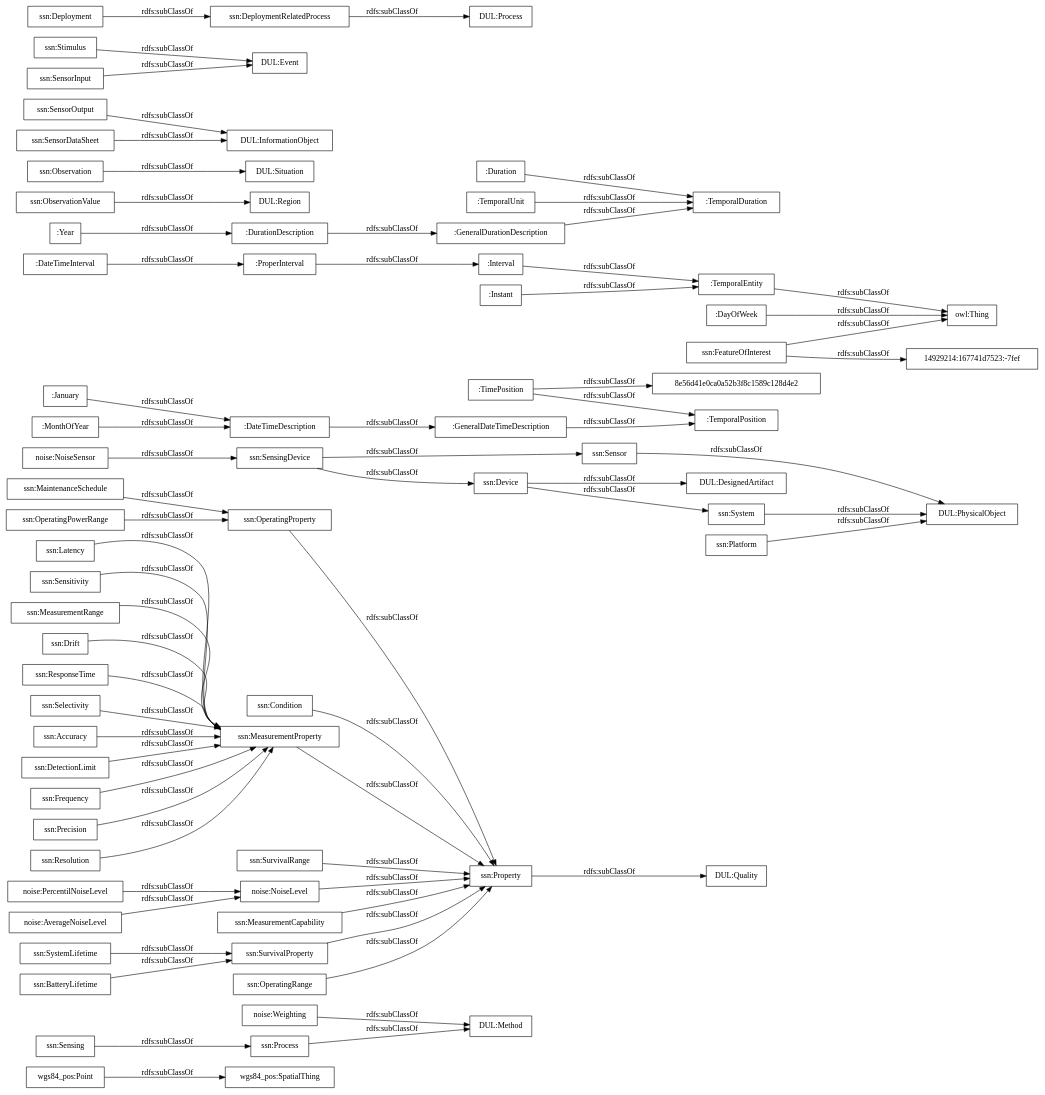
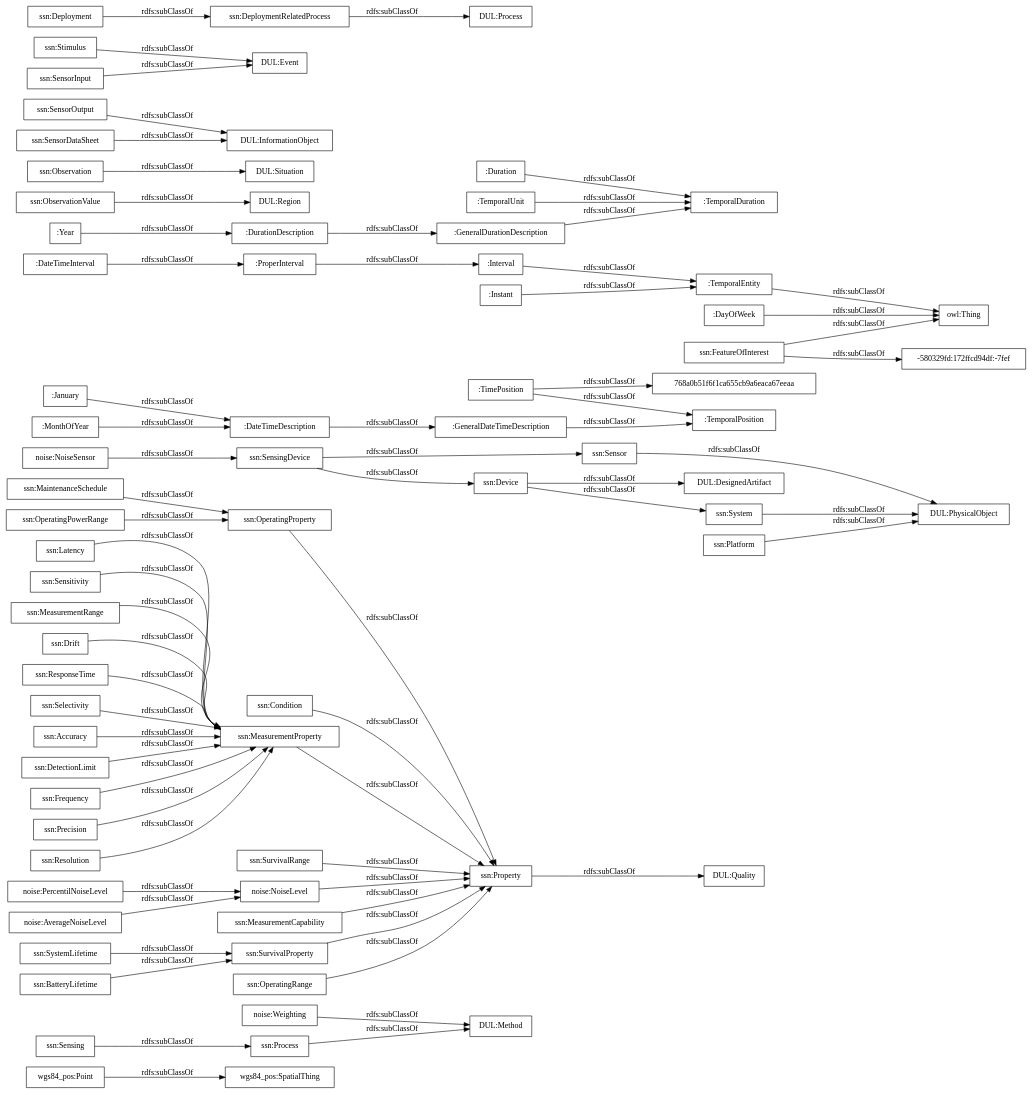
The diagram in OnToology/contaminacion-acustica.owl/diagrams/ar2dtool-taxonomy/contaminacion-acustica.owl.png.dot (opencitydata/vocab-medio-ambiente-contaminacion-acustica), drawn with Graphviz before and after one commit. The commit also changed 33 other files, not shown here.

```diff
--- a/OnToology/contaminacion-acustica.owl/diagrams/ar2dtool-taxonomy/contaminacion-acustica.owl.png.dot
+++ b/OnToology/contaminacion-acustica.owl/diagrams/ar2dtool-taxonomy/contaminacion-acustica.owl.png.dot
@@ -1,71 +1,71 @@
 digraph ar2dtool_diagram { 
 rankdir=LR;
 size="1000"
-node [shape = rectangle, color="black"]; "wgs84_pos:SpatialThing" "wgs84_pos:Point" "noise:Weighting" "noise:PercentilNoiseLevel" "noise:NoiseSensor" "noise:NoiseLevel" "noise:AverageNoiseLevel" ":GeneralDateTimeDescription" ":DateTimeInterval" ":DurationDescription" ":TemporalDuration" ":Duration" ":GeneralDurationDescription" ":January" ":ProperInterval" ":TimePosition" ":TemporalPosition" ":Interval" ":TemporalEntity" ":Year" "8e56d41e0ca0a52b3f8c1589c128d4e2" ":MonthOfYear" ":DateTimeDescription" ":TemporalUnit" ":Instant" ":DayOfWeek" "ssn:Accuracy" "ssn:DetectionLimit" "ssn:Frequency" "ssn:Condition" "DUL:Region" "DUL:Situation" "DUL:PhysicalObject" "ssn:SensorOutput" "ssn:Precision" "ssn:Resolution" "DUL:Quality" "ssn:FeatureOfInterest" "ssn:Sensor" "DUL:InformationObject" "ssn:OperatingProperty" "DUL:Event" "ssn:OperatingPowerRange" "DUL:Method" "ssn:MaintenanceSchedule" "ssn:Sensing" "ssn:Latency" "ssn:SurvivalRange" "ssn:SensingDevice" "DUL:DesignedArtifact" "ssn:Sensitivity" "ssn:Stimulus" "DUL:Process" "ssn:MeasurementRange" "ssn:System" "ssn:SystemLifetime" "ssn:Property" "ssn:MeasurementProperty" "ssn:Process" "ssn:Deployment" "ssn:MeasurementCapability" "ssn:BatteryLifetime" "ssn:Drift" "ssn:DeploymentRelatedProcess" "ssn:SensorInput" "ssn:ResponseTime" "ssn:ObservationValue" "14929214:167741d7523:-7fef" "ssn:SensorDataSheet" "ssn:Observation" "ssn:Selectivity" "ssn:SurvivalProperty" "ssn:Device" "ssn:OperatingRange" "ssn:Platform" ; /*classes style*/
+node [shape = rectangle, color="black"]; "wgs84_pos:SpatialThing" "wgs84_pos:Point" "noise:Weighting" "noise:PercentilNoiseLevel" "noise:NoiseSensor" "noise:NoiseLevel" "noise:AverageNoiseLevel" ":GeneralDateTimeDescription" ":DateTimeInterval" ":DurationDescription" ":TemporalDuration" ":Duration" ":GeneralDurationDescription" ":January" ":ProperInterval" ":TimePosition" "768a0b51f6f1ca655cb9a6eaca67eeaa" ":TemporalPosition" ":Interval" ":TemporalEntity" ":Year" ":MonthOfYear" ":DateTimeDescription" ":TemporalUnit" ":Instant" ":DayOfWeek" "ssn:Accuracy" "ssn:DetectionLimit" "ssn:Frequency" "ssn:Condition" "DUL:Region" "DUL:Situation" "DUL:PhysicalObject" "ssn:SensorOutput" "ssn:Precision" "ssn:Resolution" "-580329fd:172ffcd94df:-7fef" "DUL:Quality" "ssn:FeatureOfInterest" "ssn:Sensor" "DUL:InformationObject" "ssn:OperatingProperty" "DUL:Event" "ssn:OperatingPowerRange" "DUL:Method" "ssn:MaintenanceSchedule" "ssn:Sensing" "ssn:Latency" "ssn:SurvivalRange" "ssn:SensingDevice" "DUL:DesignedArtifact" "ssn:Sensitivity" "ssn:Stimulus" "DUL:Process" "ssn:MeasurementRange" "ssn:System" "ssn:SystemLifetime" "ssn:Property" "ssn:MeasurementProperty" "ssn:Process" "ssn:Deployment" "ssn:MeasurementCapability" "ssn:BatteryLifetime" "ssn:Drift" "ssn:DeploymentRelatedProcess" "ssn:SensorInput" "ssn:ResponseTime" "ssn:ObservationValue" "ssn:SensorDataSheet" "ssn:Observation" "ssn:Selectivity" "ssn:SurvivalProperty" "ssn:Device" "ssn:OperatingRange" "ssn:Platform" ; /*classes style*/
 	":DateTimeDescription" -> ":GeneralDateTimeDescription" [ label = "rdfs:subClassOf" ];
 	"noise:AverageNoiseLevel" -> "noise:NoiseLevel" [ label = "rdfs:subClassOf" ];
 	"ssn:Deployment" -> "ssn:DeploymentRelatedProcess" [ label = "rdfs:subClassOf" ];
 	"ssn:SensingDevice" -> "ssn:Sensor" [ label = "rdfs:subClassOf" ];
 	"ssn:SensingDevice" -> "ssn:Device" [ label = "rdfs:subClassOf" ];
 	"ssn:DeploymentRelatedProcess" -> "DUL:Process" [ label = "rdfs:subClassOf" ];
 	"ssn:Accuracy" -> "ssn:MeasurementProperty" [ label = "rdfs:subClassOf" ];
 	":Instant" -> ":TemporalEntity" [ label = "rdfs:subClassOf" ];
 	"ssn:FeatureOfInterest" -> "owl:Thing" [ label = "rdfs:subClassOf" ];
-	"ssn:FeatureOfInterest" -> "14929214:167741d7523:-7fef" [ label = "rdfs:subClassOf" ];
+	"ssn:FeatureOfInterest" -> "-580329fd:172ffcd94df:-7fef" [ label = "rdfs:subClassOf" ];
 	"ssn:Latency" -> "ssn:MeasurementProperty" [ label = "rdfs:subClassOf" ];
 	"ssn:Process" -> "DUL:Method" [ label = "rdfs:subClassOf" ];
 	"noise:Weighting" -> "DUL:Method" [ label = "rdfs:subClassOf" ];
 	":ProperInterval" -> ":Interval" [ label = "rdfs:subClassOf" ];
 	"ssn:Property" -> "DUL:Quality" [ label = "rdfs:subClassOf" ];
 	"ssn:MeasurementProperty" -> "ssn:Property" [ label = "rdfs:subClassOf" ];
 	"wgs84_pos:Point" -> "wgs84_pos:SpatialThing" [ label = "rdfs:subClassOf" ];
 	":MonthOfYear" -> ":DateTimeDescription" [ label = "rdfs:subClassOf" ];
 	"ssn:ResponseTime" -> "ssn:MeasurementProperty" [ label = "rdfs:subClassOf" ];
 	"ssn:OperatingRange" -> "ssn:Property" [ label = "rdfs:subClassOf" ];
 	"noise:NoiseLevel" -> "ssn:Property" [ label = "rdfs:subClassOf" ];
 	"ssn:MeasurementRange" -> "ssn:MeasurementProperty" [ label = "rdfs:subClassOf" ];
 	"ssn:Stimulus" -> "DUL:Event" [ label = "rdfs:subClassOf" ];
 	":Duration" -> ":TemporalDuration" [ label = "rdfs:subClassOf" ];
 	"ssn:SurvivalProperty" -> "ssn:Property" [ label = "rdfs:subClassOf" ];
 	"ssn:MaintenanceSchedule" -> "ssn:OperatingProperty" [ label = "rdfs:subClassOf" ];
 	"ssn:SensorInput" -> "DUL:Event" [ label = "rdfs:subClassOf" ];
-	":TimePosition" -> "8e56d41e0ca0a52b3f8c1589c128d4e2" [ label = "rdfs:subClassOf" ];
+	":TimePosition" -> "768a0b51f6f1ca655cb9a6eaca67eeaa" [ label = "rdfs:subClassOf" ];
 	":TimePosition" -> ":TemporalPosition" [ label = "rdfs:subClassOf" ];
 	":TemporalEntity" -> "owl:Thing" [ label = "rdfs:subClassOf" ];
 	"ssn:Sensitivity" -> "ssn:MeasurementProperty" [ label = "rdfs:subClassOf" ];
 	"ssn:Drift" -> "ssn:MeasurementProperty" [ label = "rdfs:subClassOf" ];
 	"ssn:System" -> "DUL:PhysicalObject" [ label = "rdfs:subClassOf" ];
 	":GeneralDurationDescription" -> ":TemporalDuration" [ label = "rdfs:subClassOf" ];
 	"ssn:Resolution" -> "ssn:MeasurementProperty" [ label = "rdfs:subClassOf" ];
 	"ssn:Precision" -> "ssn:MeasurementProperty" [ label = "rdfs:subClassOf" ];
 	"noise:PercentilNoiseLevel" -> "noise:NoiseLevel" [ label = "rdfs:subClassOf" ];
 	"ssn:DetectionLimit" -> "ssn:MeasurementProperty" [ label = "rdfs:subClassOf" ];
 	":DateTimeInterval" -> ":ProperInterval" [ label = "rdfs:subClassOf" ];
 	"ssn:Sensor" -> "DUL:PhysicalObject" [ label = "rdfs:subClassOf" ];
 	"ssn:SensorDataSheet" -> "DUL:InformationObject" [ label = "rdfs:subClassOf" ];
 	"ssn:OperatingPowerRange" -> "ssn:OperatingProperty" [ label = "rdfs:subClassOf" ];
 	"noise:NoiseSensor" -> "ssn:SensingDevice" [ label = "rdfs:subClassOf" ];
 	":Interval" -> ":TemporalEntity" [ label = "rdfs:subClassOf" ];
 	":GeneralDateTimeDescription" -> ":TemporalPosition" [ label = "rdfs:subClassOf" ];
 	":January" -> ":DateTimeDescription" [ label = "rdfs:subClassOf" ];
 	"ssn:ObservationValue" -> "DUL:Region" [ label = "rdfs:subClassOf" ];
 	":DayOfWeek" -> "owl:Thing" [ label = "rdfs:subClassOf" ];
 	"ssn:Device" -> "DUL:DesignedArtifact" [ label = "rdfs:subClassOf" ];
 	"ssn:Device" -> "ssn:System" [ label = "rdfs:subClassOf" ];
 	"ssn:Platform" -> "DUL:PhysicalObject" [ label = "rdfs:subClassOf" ];
 	":Year" -> ":DurationDescription" [ label = "rdfs:subClassOf" ];
 	":DurationDescription" -> ":GeneralDurationDescription" [ label = "rdfs:subClassOf" ];
 	"ssn:OperatingProperty" -> "ssn:Property" [ label = "rdfs:subClassOf" ];
 	"ssn:Selectivity" -> "ssn:MeasurementProperty" [ label = "rdfs:subClassOf" ];
 	"ssn:BatteryLifetime" -> "ssn:SurvivalProperty" [ label = "rdfs:subClassOf" ];
 	":TemporalUnit" -> ":TemporalDuration" [ label = "rdfs:subClassOf" ];
 	"ssn:Observation" -> "DUL:Situation" [ label = "rdfs:subClassOf" ];
 	"ssn:Sensing" -> "ssn:Process" [ label = "rdfs:subClassOf" ];
 	"ssn:SystemLifetime" -> "ssn:SurvivalProperty" [ label = "rdfs:subClassOf" ];
 	"ssn:SurvivalRange" -> "ssn:Property" [ label = "rdfs:subClassOf" ];
 	"ssn:Frequency" -> "ssn:MeasurementProperty" [ label = "rdfs:subClassOf" ];
 	"ssn:SensorOutput" -> "DUL:InformationObject" [ label = "rdfs:subClassOf" ];
 	"ssn:Condition" -> "ssn:Property" [ label = "rdfs:subClassOf" ];
 	"ssn:MeasurementCapability" -> "ssn:Property" [ label = "rdfs:subClassOf" ];
 
 }
```
